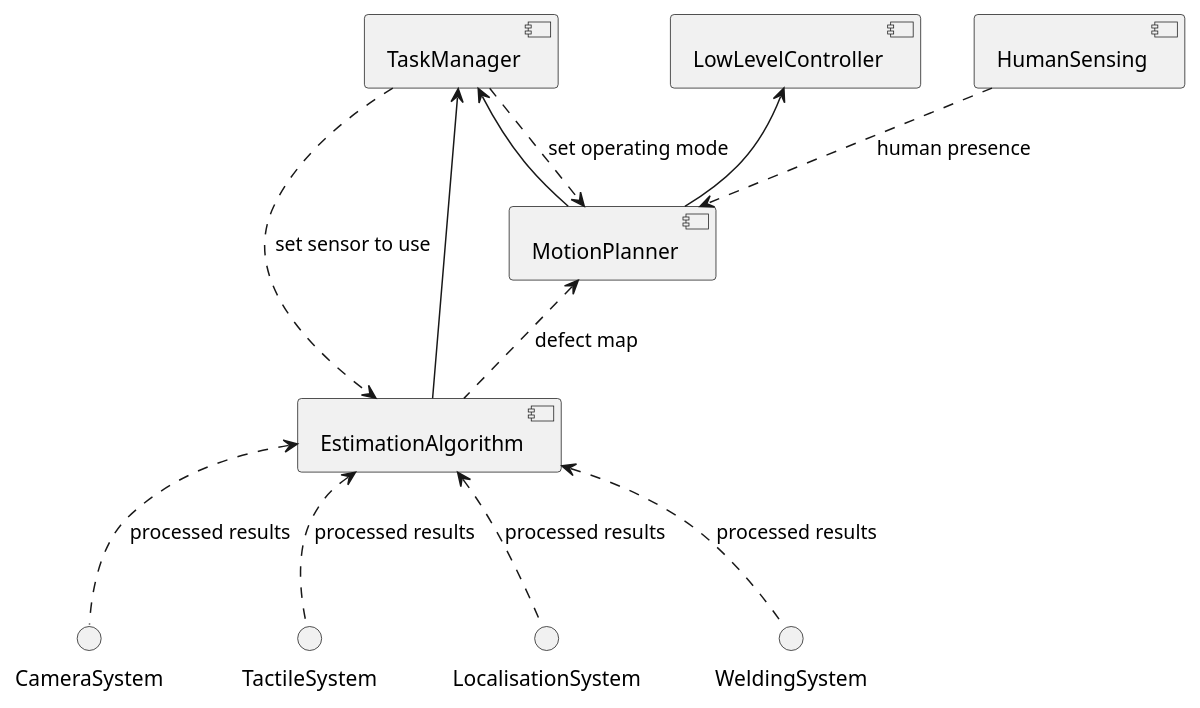
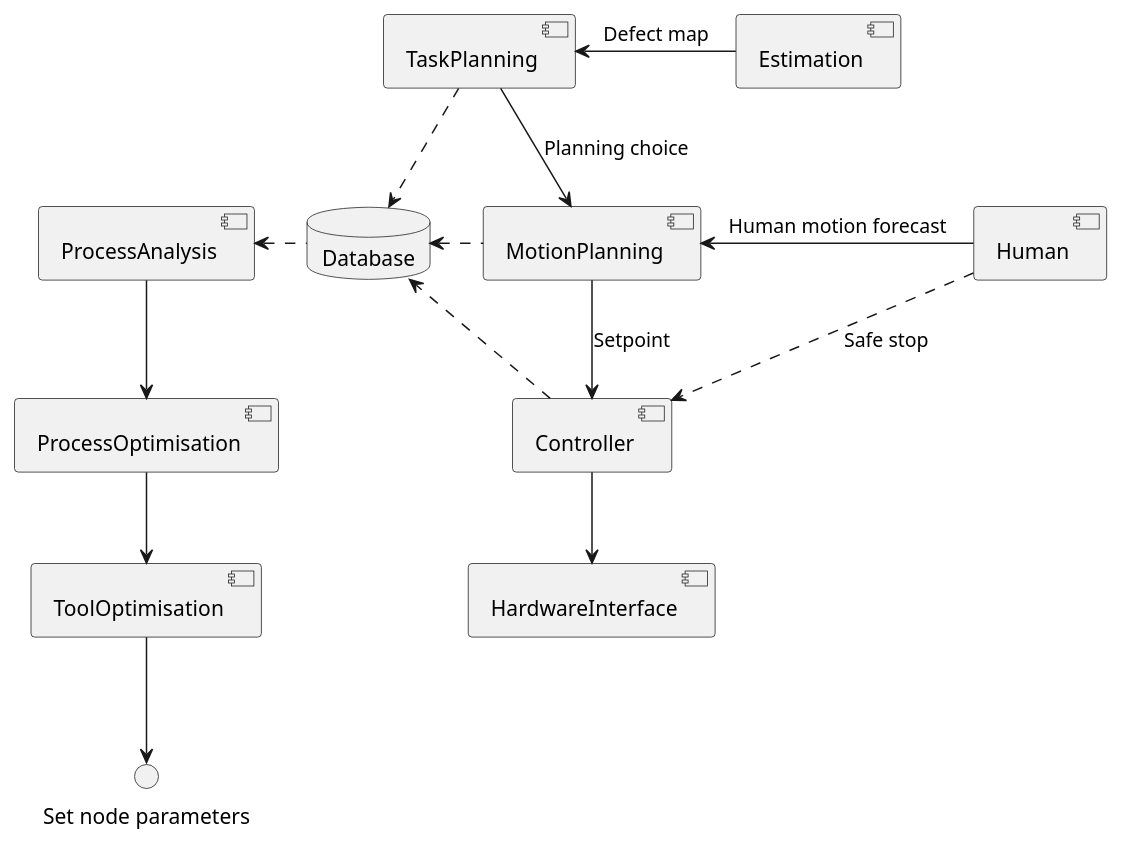
The second of 7 diagrams in framework.md (magician-project/magician-project), drawn with PlantUML before and after one commit. The commit also changed other lines of this file, not shown here.

````diff
--- a/framework.md
+++ b/framework.md
@@ -81,19 +81,24 @@
 ```{plantuml}
 :width: 700px
 @startuml
-CameraSystem .up.> [EstimationAlgorithm]: processed results
-TactileSystem .up.> [EstimationAlgorithm]: processed results
-LocalisationSystem .up.> [EstimationAlgorithm]: processed results
-WeldingSystem .up.> [EstimationAlgorithm]: processed results
+[TaskPlanning] -down-> [MotionPlanning]: "Planning choice"
+[MotionPlanning] -down-> [Controller]: "Setpoint"
+[Controller] -down-> [HardwareInterface]
+[Human] -left-> [MotionPlanning]: "Human motion forecast"
+[Estimation] -left-> [TaskPlanning]: "Defect map"
 
-[EstimationAlgorithm] .up.> [MotionPlanner]: defect map
-[EstimationAlgorithm] -up-> [TaskManager]
-[MotionPlanner] -down-> [TaskManager]
-[TaskManager] ..> [EstimationAlgorithm]: set sensor to use
-[TaskManager] ..> [MotionPlanner]: set operating mode
-[LowLevelController] <-- [MotionPlanner]
-[HumanSensing] ..> [MotionPlanner]: human presence
+[Human] ..> [Controller]: "Safe stop"
 
-}
+database "Database"
+[TaskPlanning] ..> Database
+[MotionPlanning] .left.> Database
+[Controller] ..> Database
+
+Database .left.> [ProcessAnalysis]
+[ProcessAnalysis] -down-> [ProcessOptimisation]
+[ProcessOptimisation] -down-> [ToolOptimisation]
+[ToolOptimisation] -down-> "Set node parameters"
+
+
 @enduml
 ```
````
